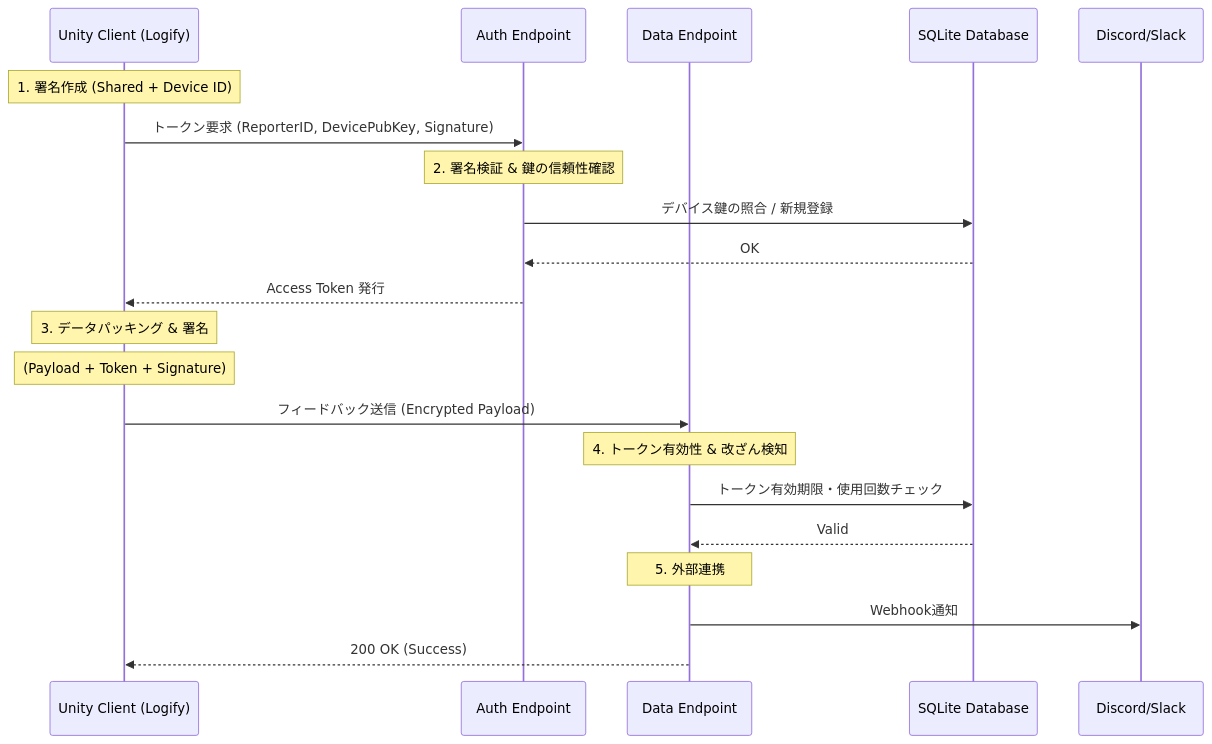
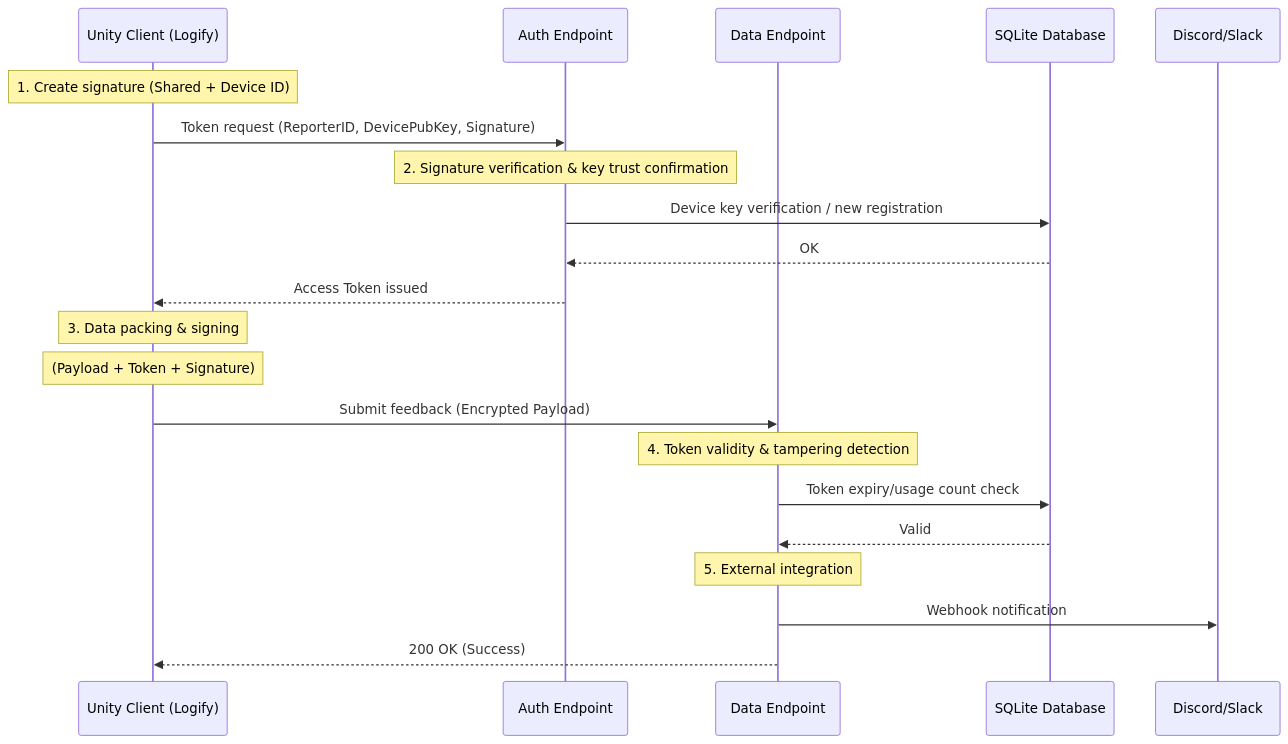
One commit to IShix-g/Logify-Unity-Docs changed the diagram in website/docs/feedback/advanced/technical-spec.md. Above: the diagram before and after it, drawn with Mermaid. The commit also changed other lines of this file and 122 other files, not shown here.

````diff
--- a/website/docs/feedback/advanced/technical-spec.md
+++ b/website/docs/feedback/advanced/technical-spec.md
@@ -31,30 +31,30 @@
 ```mermaid
 sequenceDiagram
     participant Client as Unity Client (Logify)
     participant Auth as Auth Endpoint
     participant API as Data Endpoint
     participant DB as SQLite Database
 
-    Note over Client: 1. 署名作成 (Shared + Device ID)
-    Client->>Auth: トークン要求 (ReporterID, DevicePubKey, Signature)
-    
-    Note over Auth: 2. 署名検証 & 鍵の信頼性確認
-    Auth->>DB: デバイス鍵の照合 / 新規登録
+    Note over Client: 1. Create signature (Shared + Device ID)
+    Client->>Auth: Token request (ReporterID, DevicePubKey, Signature)
+
+    Note over Auth: 2. Signature verification & key trust confirmation
+    Auth->>DB: Device key verification / new registration
     DB-->>Auth: OK
-    
-    Auth-->>Client: Access Token 発行
-    
-    Note over Client: 3. データパッキング & 署名
+
+    Auth-->>Client: Access Token issued
+
+    Note over Client: 3. Data packing & signing
     Note over Client: (Payload + Token + Signature)
-    
-    Client->>API: フィードバック送信 (Encrypted Payload)
-    
-    Note over API: 4. トークン有効性 & 改ざん検知
-    API->>DB: トークン有効期限・使用回数チェック
+
+    Client->>API: Submit feedback (Encrypted Payload)
+
+    Note over API: 4. Token validity & tampering detection
+    API->>DB: Token expiry/usage count check
     DB-->>API: Valid
-    
-    Note over API: 5. 外部連携
-    API->>Discord/Slack: Webhook通知
+
+    Note over API: 5. External integration
+    API->>Discord/Slack: Webhook notification
     API-->>Client: 200 OK (Success)
 
 ```
````
